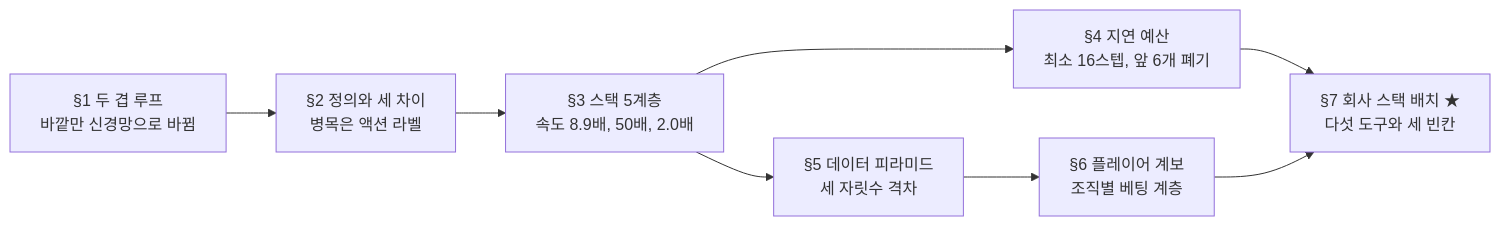
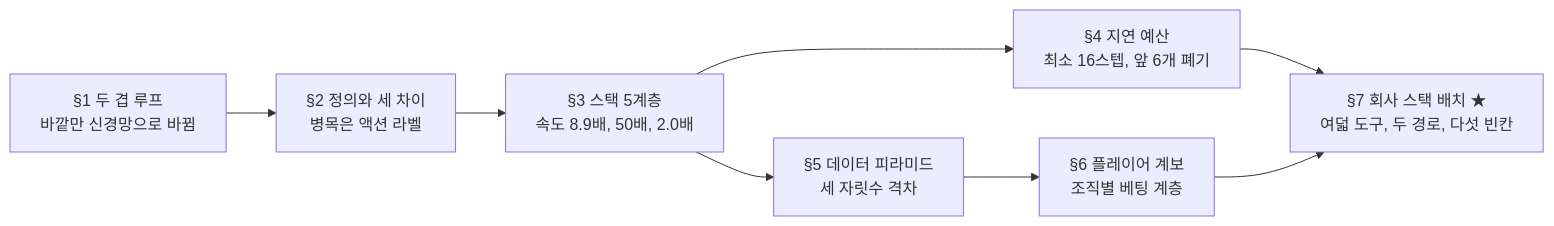
Before and after one commit to sguys99/physical-ai-study: the fourth of 4 diagrams in course/w1-generative-core/01-physical-ai-landscape/lesson.md, drawn with Mermaid. The commit also changed other lines of this file and 35 other files, not shown here.

````diff
--- a/course/w1-generative-core/01-physical-ai-landscape/lesson.md
+++ b/course/w1-generative-core/01-physical-ai-landscape/lesson.md
@@ -655,10 +687,10 @@
 ```mermaid
 flowchart LR
   S1["§1 두 겹 루프<br/>바깥만 신경망으로 바뀜"] --> S2["§2 정의와 세 차이<br/>병목은 액션 라벨"]
   S2 --> S3["§3 스택 5계층<br/>속도 8.9배, 50배, 2.0배"]
   S3 --> S4["§4 지연 예산<br/>최소 16스텝, 앞 6개 폐기"]
   S3 --> S5["§5 데이터 피라미드<br/>세 자릿수 격차"]
-  S4 --> S7["§7 회사 스택 배치 ★<br/>다섯 도구와 세 빈칸"]
+  S4 --> S7["§7 회사 스택 배치 ★<br/>여덟 도구, 두 경로, 다섯 빈칸"]
   S5 --> S6["§6 플레이어 계보<br/>조직별 베팅 계층"]
   S6 --> S7
 ```
````
